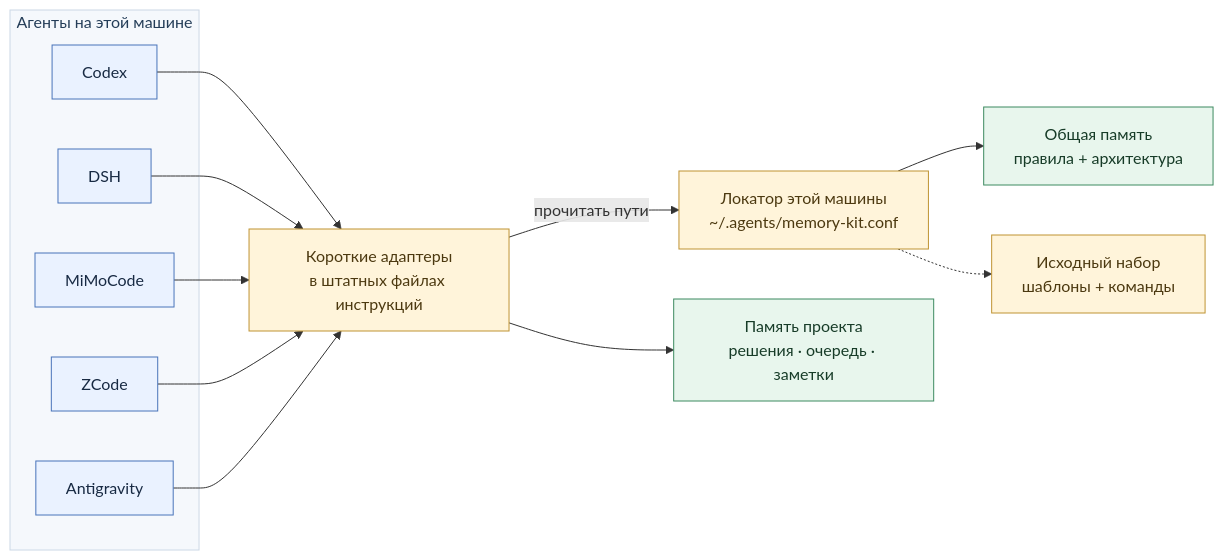
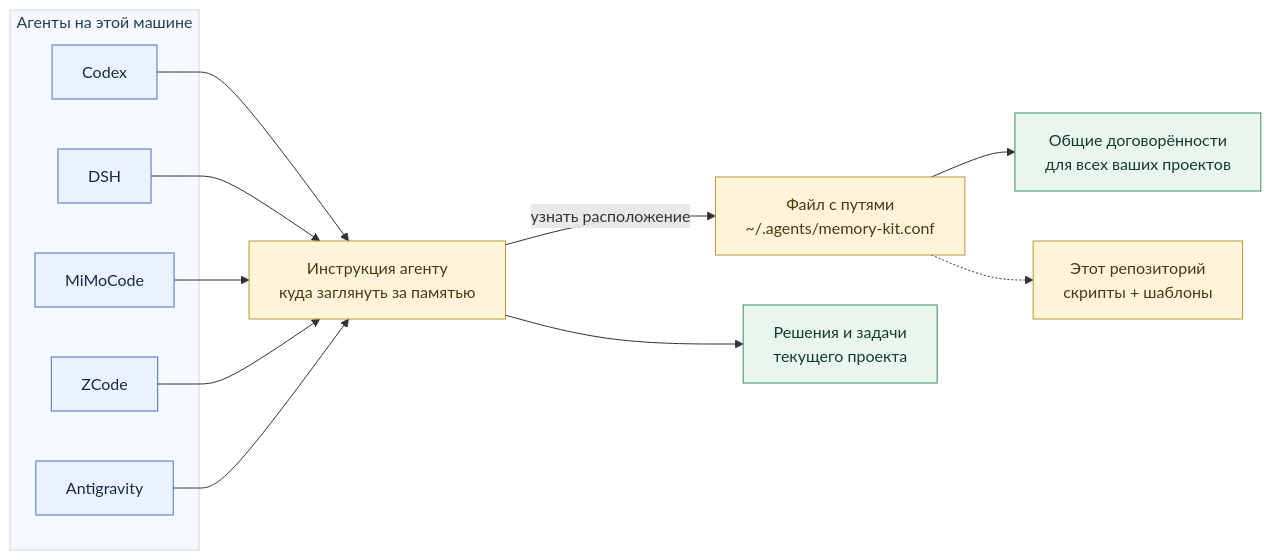
One commit to phoenix0597/codex-memory-kit changed the diagram in README.md. Above: the diagram before and after it, drawn with Mermaid. The commit also changed other lines of this file and 1 other file, not shown here.

Commit message:
docs: explain memory concepts and first-time setup

````diff
--- a/README.md
+++ b/README.md
@@ -11,27 +28,27 @@
 ```mermaid
 flowchart LR
     subgraph H["Агенты на этой машине"]
         C["Codex"]
         D["DSH"]
         M["MiMoCode"]
         Z["ZCode"]
         A["Antigravity"]
     end
-    B["Короткие адаптеры<br/>в штатных файлах инструкций"]
-    L["Локатор этой машины<br/>~/.agents/memory-kit.conf"]
-    G["Общая память<br/>правила + архитектура"]
-    P["Память проекта<br/>решения · очередь · заметки"]
-    K["Исходный набор<br/>шаблоны + команды"]
+    B["Инструкция агенту<br/>куда заглянуть за памятью"]
+    L["Файл с путями<br/>~/.agents/memory-kit.conf"]
+    G["Общие договорённости<br/>для всех ваших проектов"]
+    P["Решения и задачи<br/>текущего проекта"]
+    K["Этот репозиторий<br/>скрипты + шаблоны"]
     C & D & M & Z & A --> B
-    B -->|"прочитать пути"| L
+    B -->|"узнать расположение"| L
     L --> G
     L -.-> K
     B --> P
     classDef agents fill:#eaf2ff,stroke:#4974ba,color:#182a43
     classDef shared fill:#e8f6ed,stroke:#3d8a60,color:#173c28
     classDef local fill:#fff4da,stroke:#bf9333,color:#4c3910
     class C,D,M,Z,A agents
     class G,P shared
     class B,L,K local
     style H fill:#f5f8fc,stroke:#ccd8e6,color:#243d58
 ```
````
